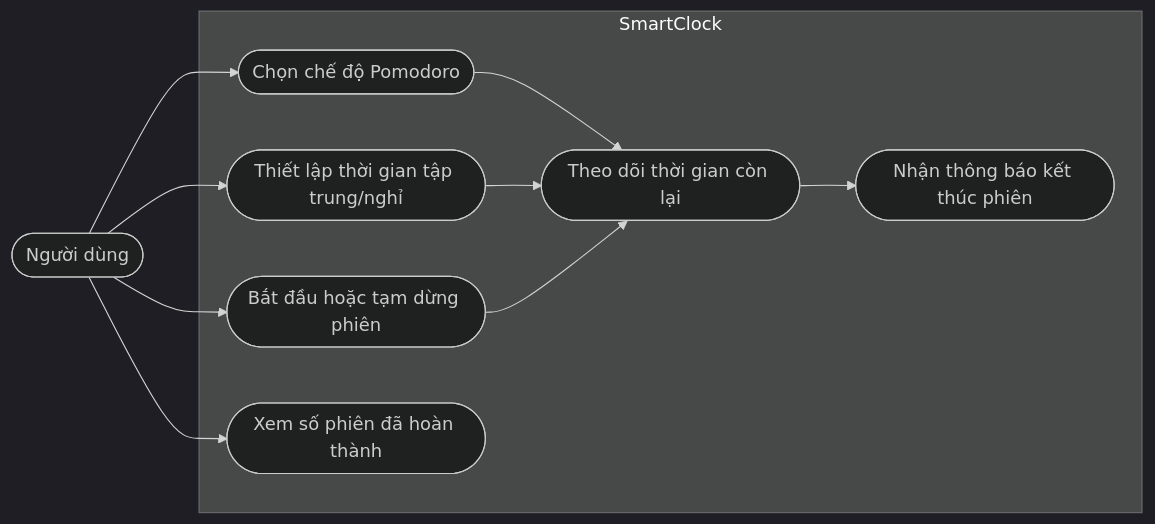
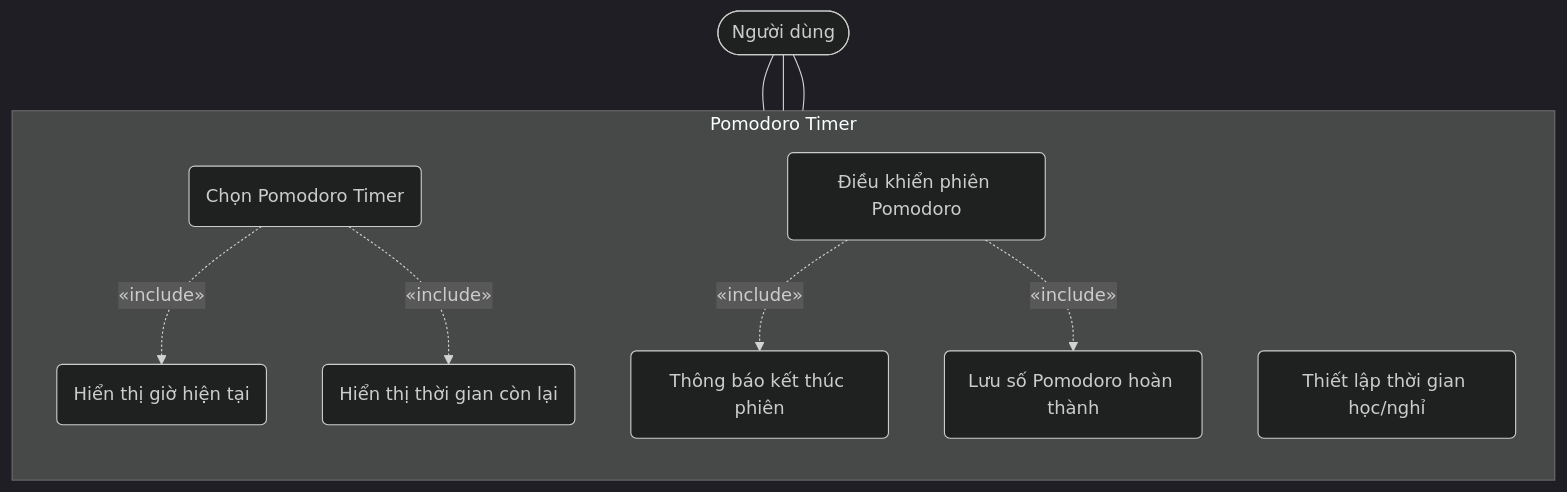
The third of 10 diagrams in docs/Spectification/SmartClock/03_Objectives.md (Computer-Vision-HCMUS/AIoT-Server), drawn with Mermaid (dark theme) before and after one commit. The commit also changed other lines of this file and 60 other files, not shown here.

Commit message:
Add new images for SmartClock presentation, remove outdated images, and introduce initial documentation for SomniLearnAI specifications, including objectives, architecture, and Edge AI functionalities.

````diff
--- a/docs/Spectification/SmartClock/03_Objectives.md
+++ b/docs/Spectification/SmartClock/03_Objectives.md
@@ -99,22 +127,24 @@
 ```mermaid
-flowchart LR
-    User([Người dùng])
+flowchart TD
+    User(["Người dùng"])
 
-    subgraph SmartClock["SmartClock"]
-        UC1([Chọn chế độ Pomodoro])
-        UC2([Thiết lập thời gian tập trung/nghỉ])
-        UC3([Bắt đầu hoặc tạm dừng phiên])
-        UC4([Theo dõi thời gian còn lại])
-        UC5([Nhận thông báo kết thúc phiên])
-        UC6([Xem số phiên đã hoàn thành])
+    subgraph Pomodoro["Pomodoro Timer"]
+        direction TB
+        UC1("Chọn Pomodoro Timer")
+        UC2("Thiết lập thời gian học/nghỉ")
+        UC3("Điều khiển phiên Pomodoro")
+        UC4("Hiển thị giờ hiện tại")
+        UC5("Hiển thị thời gian còn lại")
+        UC6("Thông báo kết thúc phiên")
+        UC7("Lưu số Pomodoro hoàn thành")
     end
 
-    User --> UC1
-    User --> UC2
-    User --> UC3
-    User --> UC6
-    UC1 --> UC4
-    UC2 --> UC4
-    UC3 --> UC4
-    UC4 --> UC5
+    User --- UC1
+    User --- UC2
+    User --- UC3
+
+    UC1 -. "«include»" .-> UC4
+    UC1 -. "«include»" .-> UC5
+    UC3 -. "«include»" .-> UC6
+    UC3 -. "«include»" .-> UC7
 ```
````
